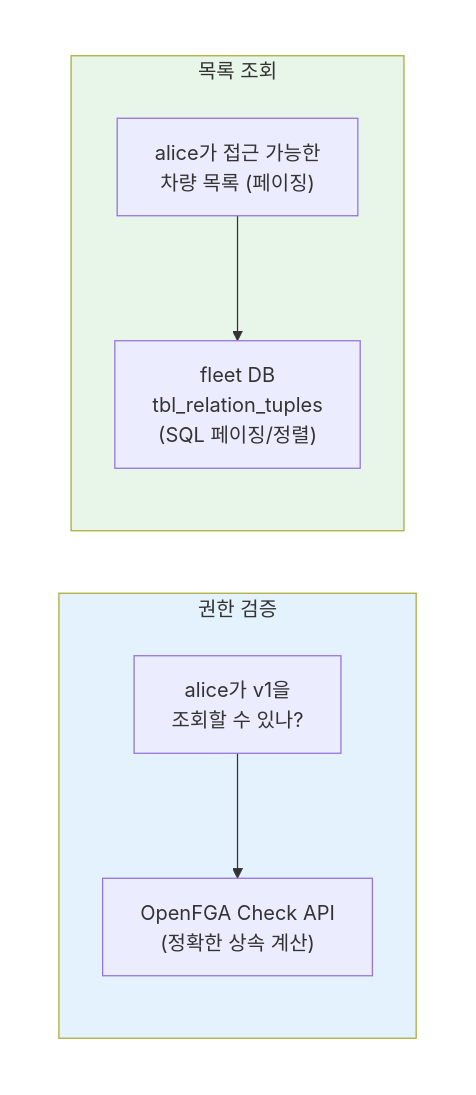
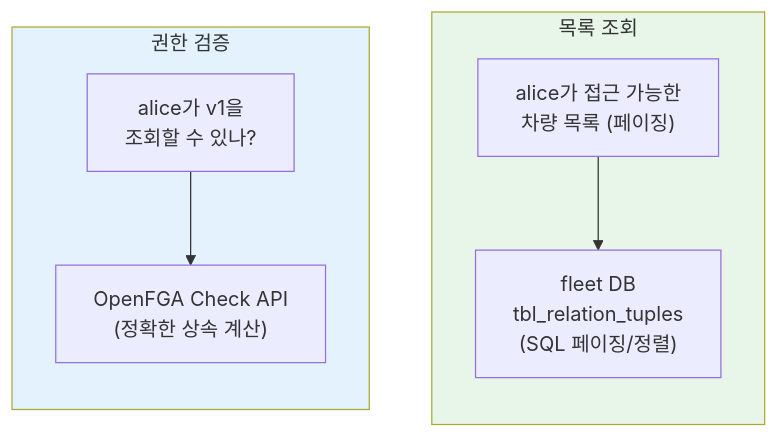
Before and after one commit to Gyeom/dev-notes: the third of 3 diagrams in content/posts/2025-02-10-rebac-group-pattern-real-world.md, drawn with Mermaid.

Commit message:
Fix: Dual Source 다이어그램 가로 배치 (flowchart LR + invisible link)
- nested subgraph direction LR이 렌더러에서 무시되는 문제 해결
- flowchart LR + invisible link (~~~) 방식으로 변경
- 권한 검증 | 목록 조회 가로 배치 강제

🤖 Generated with [Claude Code](https://claude.com/claude-code)

````diff
--- a/content/posts/2025-02-10-rebac-group-pattern-real-world.md
+++ b/content/posts/2025-02-10-rebac-group-pattern-real-world.md
@@ -317,21 +317,19 @@
 ```mermaid
-flowchart TB
-    subgraph DualSource [" "]
-        direction LR
-        subgraph Check ["권한 검증"]
-            direction TB
-            Q1["alice가 v1을<br/>조회할 수 있나?"]
-            Q1 --> OpenFGA["OpenFGA Check API<br/>(정확한 상속 계산)"]
-        end
+flowchart LR
+    subgraph Check ["권한 검증"]
+        direction TB
+        Q1["alice가 v1을<br/>조회할 수 있나?"]
+        Q1 --> OpenFGA["OpenFGA Check API<br/>(정확한 상속 계산)"]
+    end
 
-        subgraph List ["목록 조회"]
-            direction TB
-            Q2["alice가 접근 가능한<br/>차량 목록 (페이징)"]
-            Q2 --> DB["fleet DB<br/>tbl_relation_tuples<br/>(SQL 페이징/정렬)"]
-        end
+    subgraph List ["목록 조회"]
+        direction TB
+        Q2["alice가 접근 가능한<br/>차량 목록 (페이징)"]
+        Q2 --> DB["fleet DB<br/>tbl_relation_tuples<br/>(SQL 페이징/정렬)"]
     end
+
+    Check ~~~ List
 
     style Check fill:#e3f2fd
     style List fill:#e8f5e9
-    style DualSource fill:transparent,stroke:transparent
 ```
````
